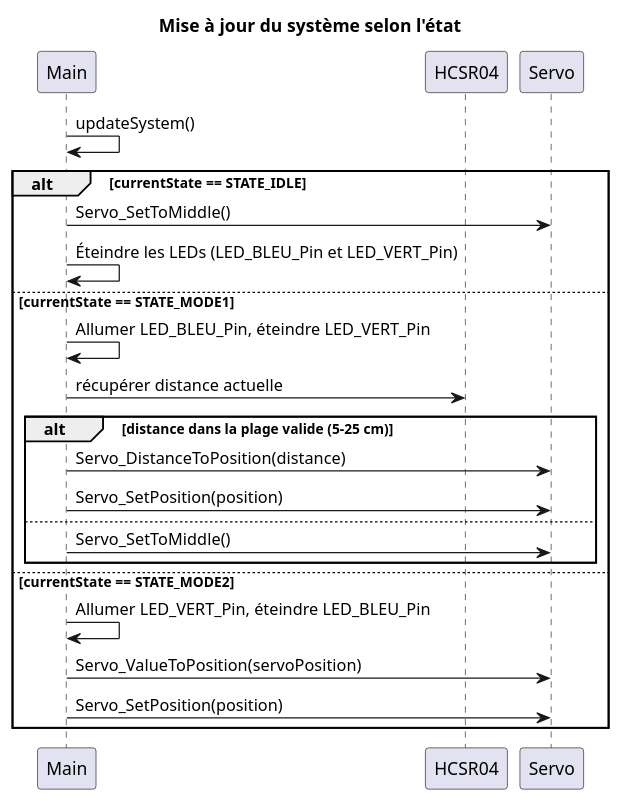
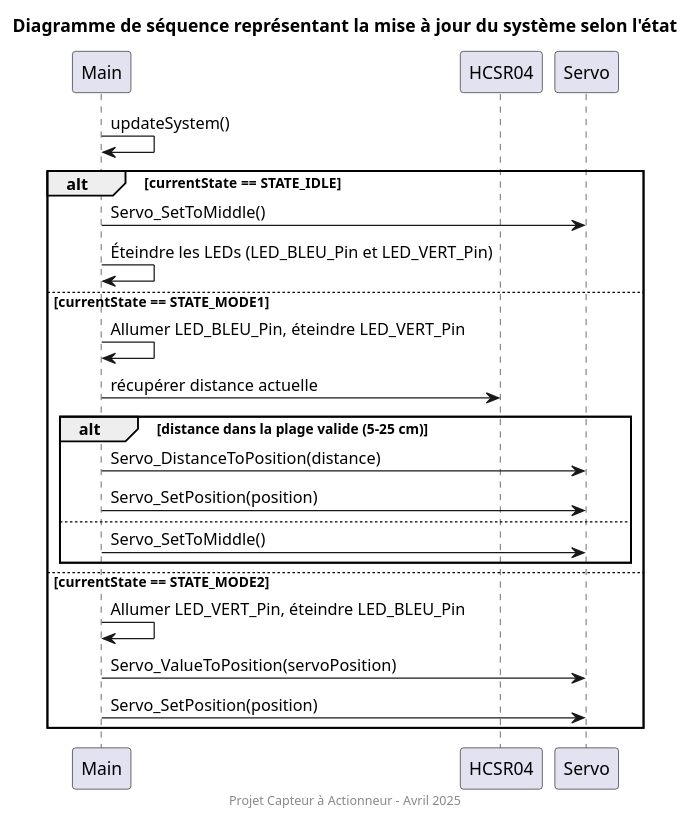
Before and after one commit to AzTaiiyoo/Capteur_actionneur: the diagram in doc-README/DS-SystemUpdate.puml, drawn with PlantUML. The commit also changed 15 other files, not shown here.

```diff
--- a/doc-README/DS-SystemUpdate.puml
+++ b/doc-README/DS-SystemUpdate.puml
@@ -1,29 +1,31 @@
 @startuml
 ' Participants (modules)
 participant "Main" as Main
 participant "HCSR04" as HCSR04
 participant "Servo" as Servo
-
-title Mise à jour du système selon l'état
 
 Main -> Main: updateSystem()
 
 alt currentState == STATE_IDLE
   Main -> Servo: Servo_SetToMiddle()
   Main -> Main: Éteindre les LEDs (LED_BLEU_Pin et LED_VERT_Pin)
 else currentState == STATE_MODE1
   Main -> Main: Allumer LED_BLEU_Pin, éteindre LED_VERT_Pin
   Main -> HCSR04: récupérer distance actuelle
   
   alt distance dans la plage valide (5-25 cm)
     Main -> Servo: Servo_DistanceToPosition(distance)
     Main -> Servo: Servo_SetPosition(position)
   else
     Main -> Servo: Servo_SetToMiddle()
   end
 else currentState == STATE_MODE2
   Main -> Main: Allumer LED_VERT_Pin, éteindre LED_BLEU_Pin
   Main -> Servo: Servo_ValueToPosition(servoPosition)
   Main -> Servo: Servo_SetPosition(position)
 end
+
+title Diagramme de séquence représentant la mise à jour du système selon l'état
+footer Projet Capteur à Actionneur – Avril 2025
+
 @enduml
```
